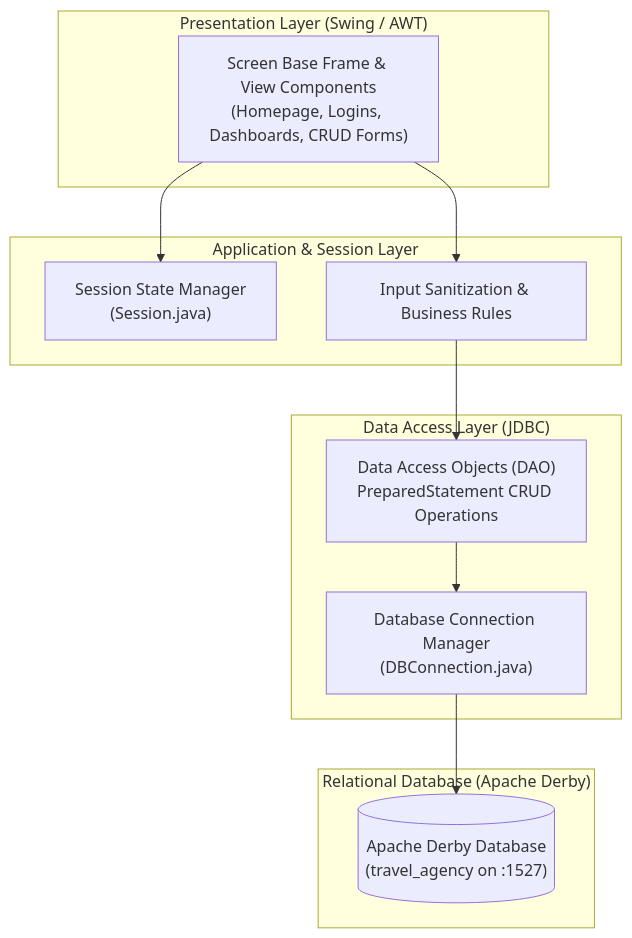
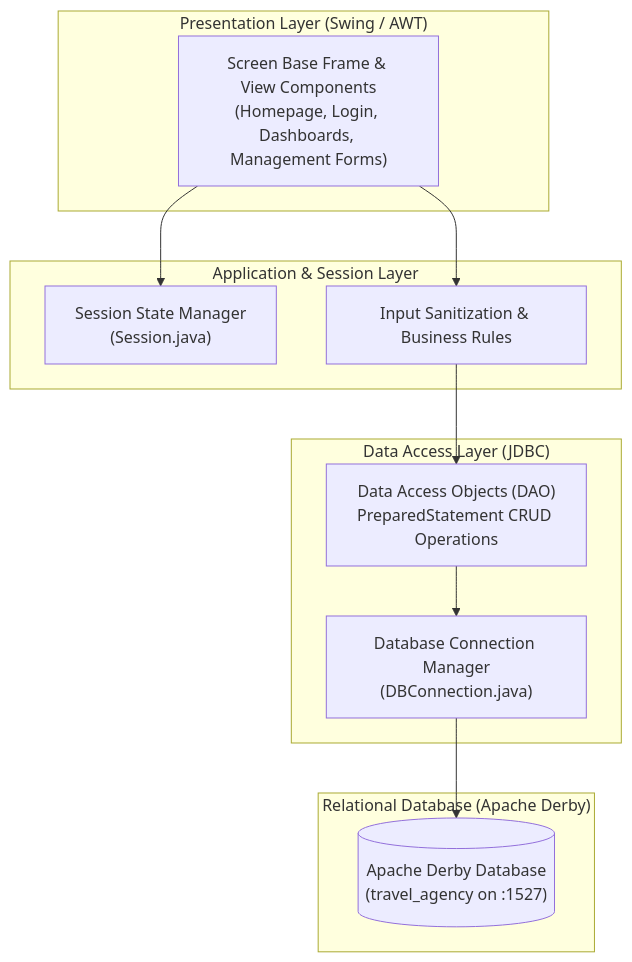
One commit to alexis3rdsalinas22-star/Travel-Agency-Management-System changed the first of 2 diagrams in README.md. Above: the diagram before and after it, drawn with Mermaid. The commit also changed other lines of this file, not shown here.

````diff
--- a/README.md
+++ b/README.md
@@ -67,26 +49,26 @@
 ```mermaid
 flowchart TD
     subgraph UI_Layer ["Presentation Layer (Swing / AWT)"]
-        UI_Screens["Screen Base Frame & View Components<br>(Homepage, Logins, Dashboards, CRUD Forms)"]
+        UI_Screens["Screen Base Frame & View Components<br>(Homepage, Login, Dashboards, Management Forms)"]
     end
 
     subgraph Logic_Layer ["Application & Session Layer"]
         Session["Session State Manager<br>(Session.java)"]
         Validation["Input Sanitization & Business Rules"]
     end
 
     subgraph DAO_Layer ["Data Access Layer (JDBC)"]
         DAOs["Data Access Objects (DAO)<br>PreparedStatement CRUD Operations"]
         DBConn["Database Connection Manager<br>(DBConnection.java)"]
     end
 
     subgraph DB_Layer ["Relational Database (Apache Derby)"]
         Derby[("Apache Derby Database<br>(travel_agency on :1527)")]
     end
 
     UI_Screens --> Session
     UI_Screens --> Validation
     Validation --> DAOs
     DAOs --> DBConn
     DBConn --> Derby
 ```
````
